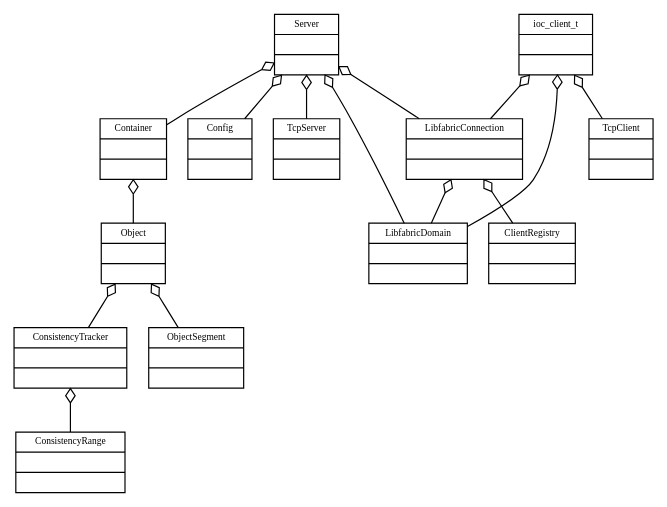
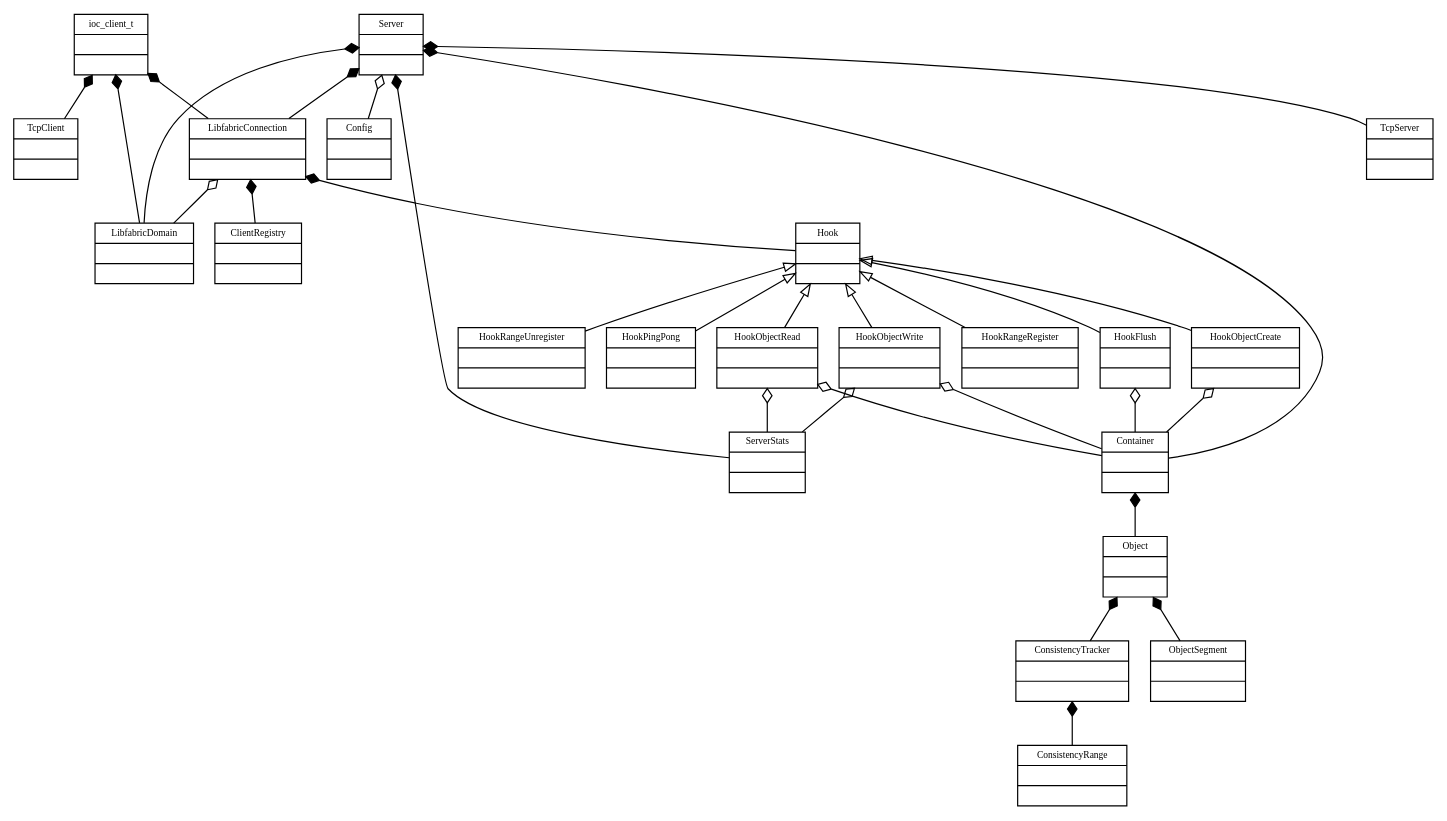
Before and after one commit to FR-GRE-BDS-HPC-SW-SAGE2-GMA/iocatcher: the diagram in doc/images/uml.dot, drawn with Graphviz. The commit also changed 1 other file, not shown here.

Commit message:
[uml] Update UML diagram to add hooks

```diff
--- a/doc/images/uml.dot
+++ b/doc/images/uml.dot
@@ -1,92 +1,141 @@
 digraph IOCATCHER
 {
 	//Some fonts
 	fontname = "Bitstream Vera Sans"
 	fontsize = 8
 	
 	//configure node
 	node [
 		fontname = "Bitstream Vera Sans"
 		fontsize = 8
 		shape = "record"
 	]
 	
 	//configure edge
 	edge [
 		arrowtail = "empty"
 		dir=back
 	]
 	
 	//classes
 	Server [
 		label = "{Server|\l|\l}"
 	]
 
 	Container [
 		label = "{Container|\l|\l}"
 	]
 
 	Object [
 		label = "{Object|\l|\l}"
 	]
 
 	ConsistencyTracker [
 		label = "{ConsistencyTracker|\l|\l}"
+	]
+
+	Hook [
+		label = "{Hook|\l|\l}"
 	]
 
 	LibfabricConnection [
 		label = "{LibfabricConnection|\l|\l}"
 	]
 
 	LibfabricDomain [
 		label = "{LibfabricDomain|\l|\l}"
 	]
 
 	TcpServer [
 		label = "{TcpServer|\l|\l}"
 	]
 
 	TcpClient [
 		label = "{TcpClient|\l|\l}"
 	]
 
 	ioc_client_t [
 		label = "{ioc_client_t|\l|\l}"
 	]
 
 	ConsistencyRange [
 		label = "{ConsistencyRange|\l|\l}"
 	]
 
 	ObjectSegment [
 		label = "{ObjectSegment|\l|\l}"
 	]
 
 	Config [
 		label = "{Config|\l|\l}"
 	]
 
 	ClientRegistry [
 		label = "{ClientRegistry|\l|\l}"
 	]
 
+	HookObjectWrite [
+		label = "{HookObjectWrite|\l|\l}"
+	]
+
+	HookObjectRead [
+		label = "{HookObjectRead|\l|\l}"
+	]
+
+	HookObjectCreate [
+		label = "{HookObjectCreate|\l|\l}"
+	]
+
+	HookRangeRegister [
+		label = "{HookRangeRegister|\l|\l}"
+	]
+
+	HookRangeUnregister [
+		label = "{HookRangeUnregister|\l|\l}"
+	]
+
+	HookFlush [
+		label = "{HookFlush|\l|\l}"
+	]
+
+	HookPingPong [
+		label = "{HookPingPong|\l|\l}"
+	]
+
+	ServerStats [
+		label = "{ServerStats|\l|\l}"
+	]
+
 	//inheritance links
-	//Policy -> FifoWindowPolicy
+	Hook -> HookFlush
+	Hook -> HookObjectCreate
+	Hook -> HookObjectRead
+	Hook -> HookObjectWrite
+	Hook -> HookRangeRegister
+	Hook -> HookRangeUnregister
+	Hook -> HookPingPong
 
 	//composition
-	//Mapping -> Policy[arrowtail=odiamond]
 	Server -> Config[arrowtail=odiamond]
-	Server -> Container[arrowtail=odiamond]
-	Server -> TcpServer[arrowtail=odiamond]
-	Server -> LibfabricDomain[arrowtail=odiamond]
-	Server -> LibfabricConnection[arrowtail=odiamond]
-	LibfabricConnection -> ClientRegistry[arrowtail=odiamond]
+	Server -> Container[arrowtail=diamond]
+	Server -> TcpServer[arrowtail=diamond]
+	Server -> LibfabricDomain[arrowtail=diamond]
+	Server -> LibfabricConnection[arrowtail=diamond]
+	Server -> ServerStats[arrowtail=diamond]
+	LibfabricConnection -> ClientRegistry[arrowtail=diamond]
 	LibfabricConnection -> LibfabricDomain[arrowtail=odiamond]
-	Container -> Object[arrowtail=odiamond]
-	Object -> ObjectSegment[arrowtail=odiamond]
-	Object -> ConsistencyTracker[arrowtail=odiamond]
-	ConsistencyTracker -> ConsistencyRange[arrowtail=odiamond]
-	ioc_client_t -> TcpClient[arrowtail=odiamond]
-	ioc_client_t -> LibfabricDomain[arrowtail=odiamond]
-	ioc_client_t -> LibfabricConnection[arrowtail=odiamond]
+	LibfabricConnection -> Hook[arrowtail=diamond]
+	Container -> Object[arrowtail=diamond]
+	Object -> ObjectSegment[arrowtail=diamond]
+	Object -> ConsistencyTracker[arrowtail=diamond]
+	ConsistencyTracker -> ConsistencyRange[arrowtail=diamond]
+	ioc_client_t -> TcpClient[arrowtail=diamond]
+	ioc_client_t -> LibfabricDomain[arrowtail=diamond]
+	ioc_client_t -> LibfabricConnection[arrowtail=diamond]
+	HookFlush -> Container[arrowtail=odiamond]
+	HookObjectCreate -> Container[arrowtail=odiamond]
+	HookObjectRead -> Container[arrowtail=odiamond]
+	HookObjectWrite -> Container[arrowtail=odiamond]
+	HookObjectRead -> ServerStats[arrowtail=odiamond]
+	HookObjectWrite -> ServerStats[arrowtail=odiamond]
 }
```
